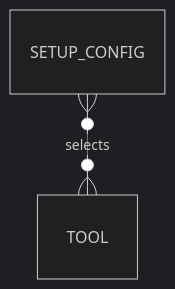
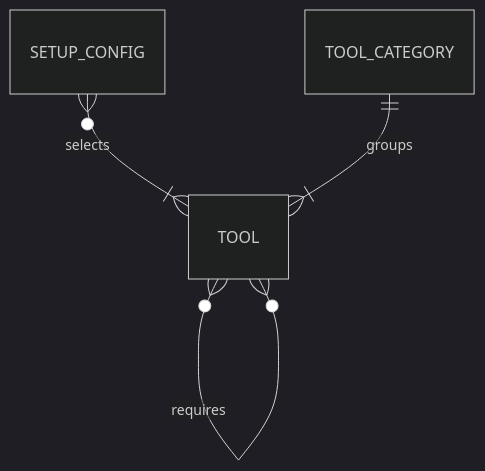
The diagram in docs/blueprint/entities/index.md (virajp/bootstrap), drawn with Mermaid (dark theme) before and after one commit. The commit also changed other lines of this file and 31 other files, not shown here.

````diff
--- a/docs/blueprint/entities/index.md
+++ b/docs/blueprint/entities/index.md
@@ -20,4 +21,6 @@
 ```mermaid
 erDiagram
-    SETUP_CONFIG }o--o{ TOOL : selects
+    SETUP_CONFIG }o--|{ TOOL : selects
+    TOOL_CATEGORY ||--|{ TOOL : groups
+    TOOL }o--o{ TOOL : requires
 ```
````
